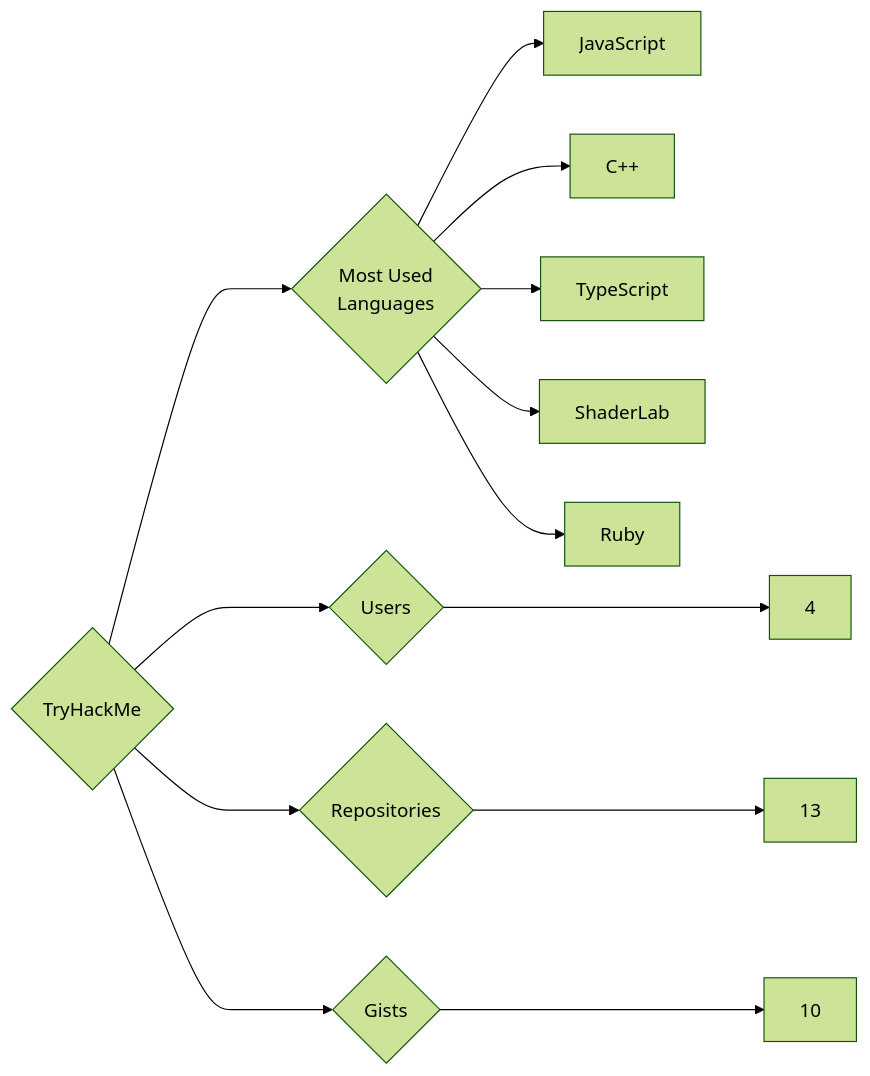
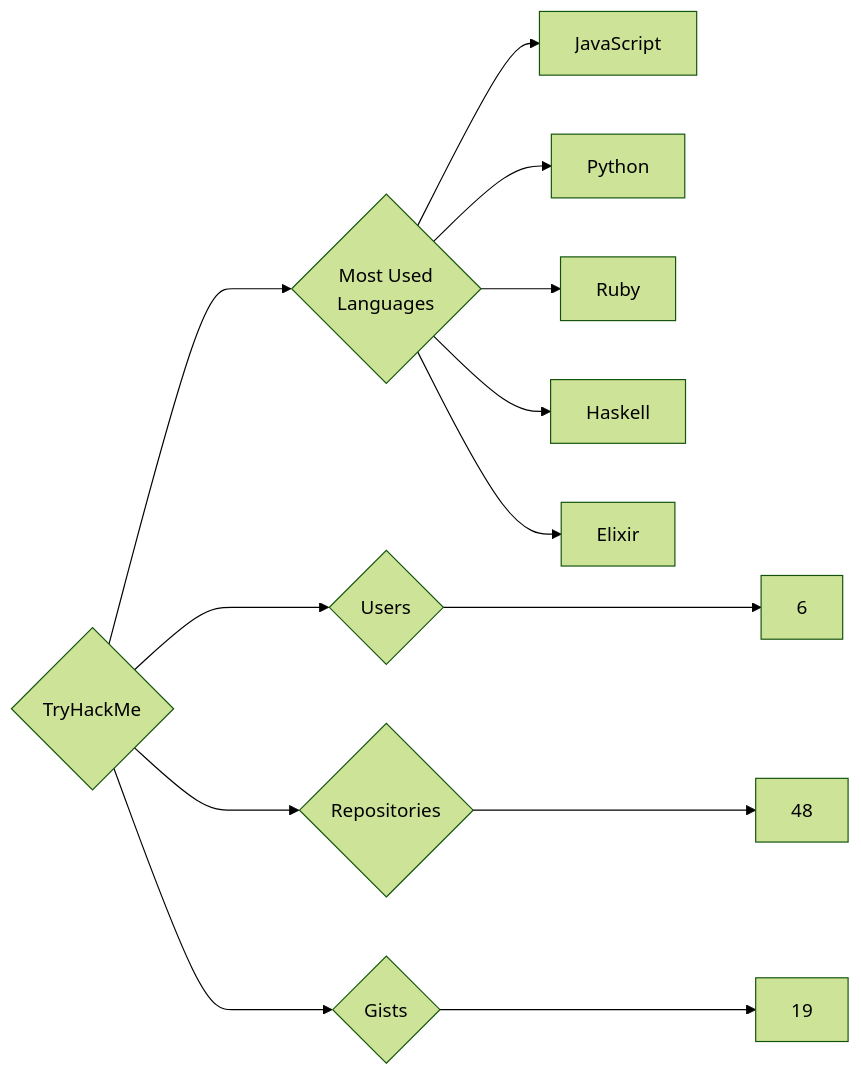
Before and after one commit to trickest/insiders: the diagram in targets/TryHackMe/README.md, drawn with Mermaid (forest theme). The commit also changed 1496 other files, not shown here.

````diff
--- a/targets/TryHackMe/README.md
+++ b/targets/TryHackMe/README.md
@@ -3,13 +3,13 @@
 ```mermaid
 graph LR
 COMPANY_NAME{TryHackMe}
-COMPANY_NAME ---> U{Users} ---> UN[4]
-COMPANY_NAME ---> R{Repositories} ---> RN[13]
-COMPANY_NAME ---> G{Gists} ---> GN[10]
+COMPANY_NAME ---> U{Users} ---> UN[6]
+COMPANY_NAME ---> R{Repositories} ---> RN[48]
+COMPANY_NAME ---> G{Gists} ---> GN[19]
 COMPANY_NAME ---> ML{Most Used<br>Languages}
 ML --> JavaScript[JavaScript]
-ML --> C++[C++]
-ML --> TypeScript[TypeScript]
-ML --> ShaderLab[ShaderLab]
+ML --> Python[Python]
 ML --> Ruby[Ruby]
+ML --> Haskell[Haskell]
+ML --> Elixir[Elixir]
 ```
````
